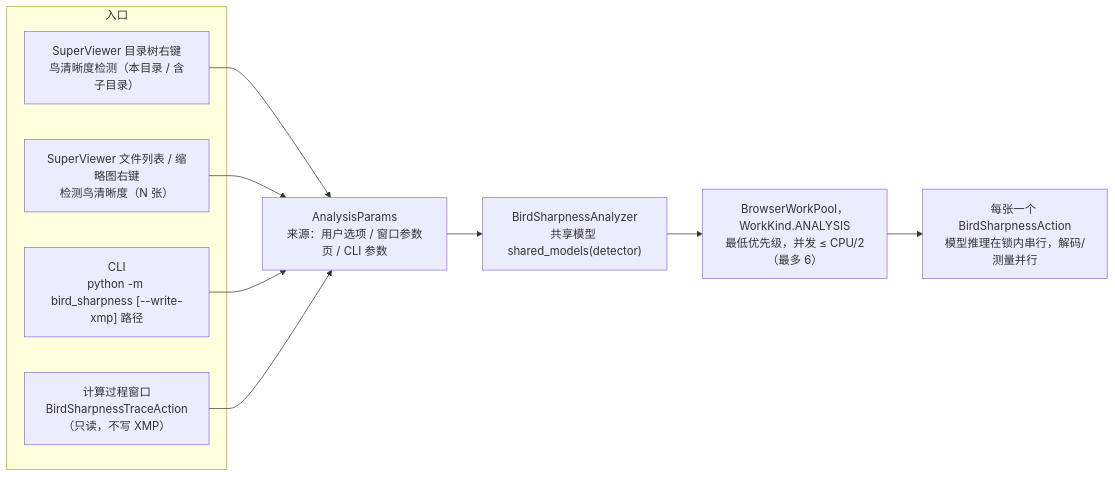
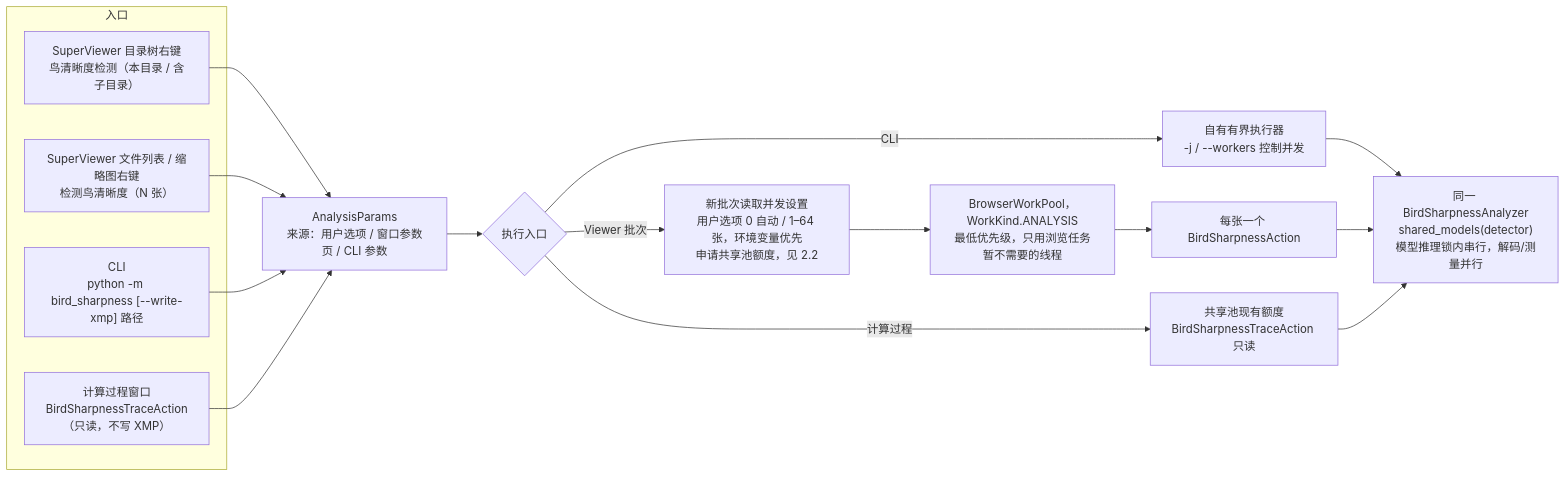
Before and after one commit to OscarKing888/SuperBirdTools: the second of 20 diagrams in docs/bird_sharpness_flowchart.md, drawn with Mermaid. The commit also changed other lines of this file and 8 other files, not shown here.

````diff
--- a/docs/bird_sharpness_flowchart.md
+++ b/docs/bird_sharpness_flowchart.md
@@ -77,16 +77,22 @@
 ```mermaid
 flowchart LR
     subgraph 入口
         V1["SuperViewer 目录树右键<br/>鸟清晰度检测（本目录 / 含子目录）"]
         V2["SuperViewer 文件列表 / 缩略图右键<br/>检测鸟清晰度（N 张）"]
         V3["CLI<br/>python -m bird_sharpness [--write-xmp] 路径"]
         V4["计算过程窗口<br/>BirdSharpnessTraceAction（只读，不写 XMP）"]
     end
     V1 --> P["AnalysisParams<br/>来源：用户选项 / 窗口参数页 / CLI 参数"]
     V2 --> P
     V3 --> P
     V4 --> P
-    P --> AN["BirdSharpnessAnalyzer<br/>共享模型 shared_models(detector)"]
-    AN --> POOL["BrowserWorkPool，WorkKind.ANALYSIS<br/>最低优先级，并发 ≤ CPU/2（最多 6）"]
-    POOL --> ACT["每张一个 BirdSharpnessAction<br/>模型推理在锁内串行，解码/测量并行"]
+    P --> ENTRY{"执行入口"}
+    ENTRY -->|Viewer 批次| W["新批次读取并发设置<br/>用户选项 0 自动 / 1–64 张，环境变量优先<br/>申请共享池额度，见 2.2"]
+    W --> POOL["BrowserWorkPool，WorkKind.ANALYSIS<br/>最低优先级，只用浏览任务暂不需要的线程"]
+    ENTRY -->|CLI| CLI["自有有界执行器<br/>-j / --workers 控制并发"]
+    POOL --> ACT["每张一个 BirdSharpnessAction"]
+    CLI --> AN
+    ENTRY -->|计算过程| TRACE["共享池现有额度<br/>BirdSharpnessTraceAction 只读"]
+    ACT --> AN["同一 BirdSharpnessAnalyzer<br/>shared_models(detector)<br/>模型推理锁内串行，解码/测量并行"]
+    TRACE --> AN
 ```
````
